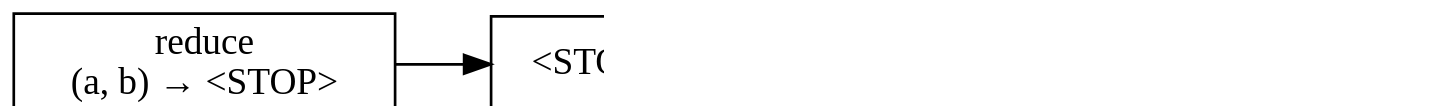
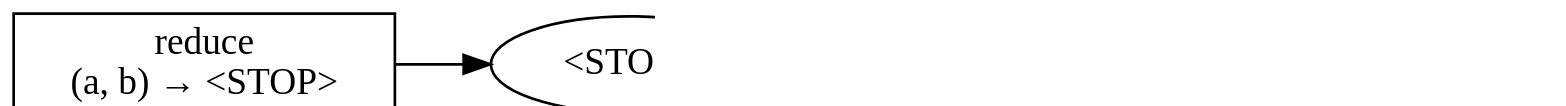
One commit to inponomarev/kstreams-testing-pitfalls changed the seventh of 10 diagrams in slides/src/main/asciidoc/lecture.adoc. Above: the diagram before and after it, drawn with Graphviz. The commit also changed other lines of this file and 2 other files, not shown here.

Commit message:
better diagrams

```diff
--- a/slides/src/main/asciidoc/lecture.adoc
+++ b/slides/src/main/asciidoc/lecture.adoc
@@ -280,17 +292,15 @@
 [graphviz,"wrong-topology4.png"]
 ----
 digraph G {
 graph [ dpi = 180 ];
 rankdir="LR";
-node[shape=box];
 A1[label="<STOP>"];
 B1[label="<STOP>"];
 A2[label="A"];
 B2[label="B"];
 
-  Kafka -> A1 -> B1 -> B2 -> A2 ;
+Kafka -> A1 -> B1 -> B2 -> A2 ;
 
-
-Kafka[label="reduce \n (a, b) → <STOP>"]
+Kafka[shape=box,label="reduce \n (a, b) → <STOP>"]
 }
 ----
```
